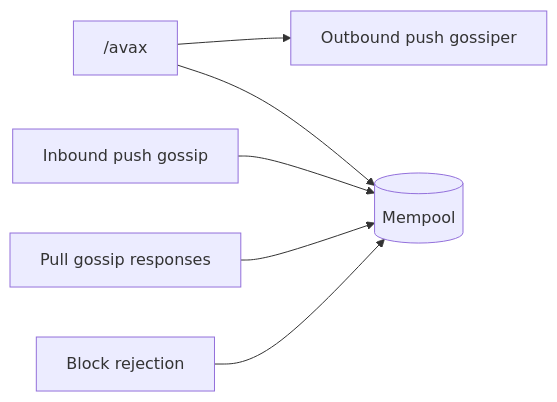
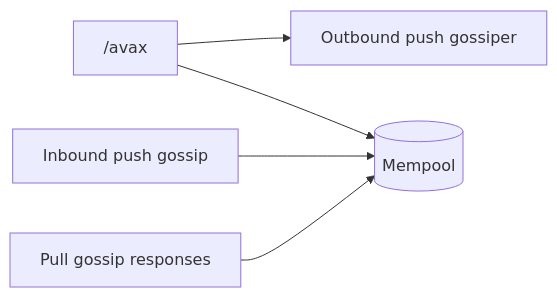
Before and after one commit to ava-labs/avalanchego: the third of 3 diagrams in vms/saevm/cchain/README.md, drawn with Mermaid. The commit also changed other lines of this file and 1 other file, not shown here.

````diff
--- a/vms/saevm/cchain/README.md
+++ b/vms/saevm/cchain/README.md
@@ -115,15 +124,13 @@
 ```mermaid
 flowchart LR
     rpc["/avax"]
     pushgossip["Outbound push gossiper"]
     push["Inbound push gossip"]
     pull["Pull gossip responses"]
-    rej["Block rejection"]
     mempool[("Mempool")]
 
     rpc --> pushgossip
     rpc --> mempool
     push --> mempool
     pull --> mempool
-    rej --> mempool
 ```
````
